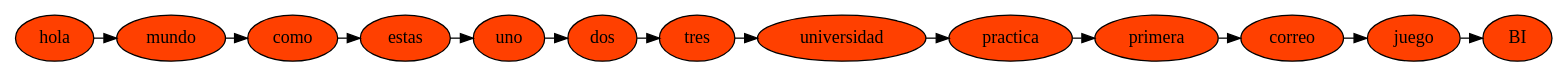
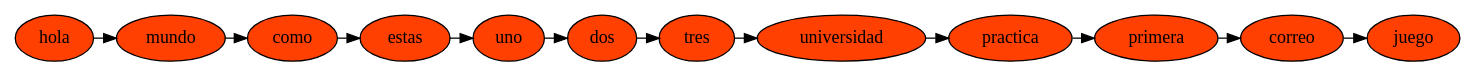
One commit to Toto95/Practica1s12017_201408515 changed the diagram in practica1Scrabble/diccionario.dot. Above: the diagram before and after it, drawn with Graphviz. The commit also changed 32 other files, not shown here.

```diff
--- a/practica1Scrabble/diccionario.dot
+++ b/practica1Scrabble/diccionario.dot
@@ -1,39 +1,36 @@
 digraph B{
-nodo1259904136 -> nodo377402961
-{rank = same; nodo1259904136 nodo377402961}
-nodo1259904136[label="hola",style=filled, fillcolor="#FF4000"]
-nodo377402961 -> nodo255638249
-{rank = same; nodo377402961 nodo255638249}
-nodo377402961[label="mundo",style=filled, fillcolor="#FF4000"]
-nodo255638249 -> nodo1378515402
-{rank = same; nodo255638249 nodo1378515402}
-nodo255638249[label="como",style=filled, fillcolor="#FF4000"]
-nodo1378515402 -> nodo1574519771
-{rank = same; nodo1378515402 nodo1574519771}
-nodo1378515402[label="estas",style=filled, fillcolor="#FF4000"]
-nodo1574519771 -> nodo1056352783
-{rank = same; nodo1574519771 nodo1056352783}
-nodo1574519771[label="uno",style=filled, fillcolor="#FF4000"]
-nodo1056352783 -> nodo1425519818
-{rank = same; nodo1056352783 nodo1425519818}
-nodo1056352783[label="dos",style=filled, fillcolor="#FF4000"]
-nodo1425519818 -> nodo1435657143
-{rank = same; nodo1425519818 nodo1435657143}
-nodo1425519818[label="tres",style=filled, fillcolor="#FF4000"]
-nodo1435657143 -> nodo1111635269
-{rank = same; nodo1435657143 nodo1111635269}
-nodo1435657143[label="universidad",style=filled, fillcolor="#FF4000"]
-nodo1111635269 -> nodo1232030160
-{rank = same; nodo1111635269 nodo1232030160}
-nodo1111635269[label="practica",style=filled, fillcolor="#FF4000"]
-nodo1232030160 -> nodo542631379
-{rank = same; nodo1232030160 nodo542631379}
-nodo1232030160[label="primera",style=filled, fillcolor="#FF4000"]
-nodo542631379 -> nodo1713284533
-{rank = same; nodo542631379 nodo1713284533}
-nodo542631379[label="correo",style=filled, fillcolor="#FF4000"]
-nodo1713284533 -> nodo1938800086
-{rank = same; nodo1713284533 nodo1938800086}
-nodo1713284533[label="juego",style=filled, fillcolor="#FF4000"]
-nodo1938800086[label="BI",style=filled, fillcolor="#FF4000"]
+nodo1433899693 -> nodo1178848161
+{rank = same; nodo1433899693 nodo1178848161}
+nodo1433899693[label="hola",style=filled, fillcolor="#FF4000"]
+nodo1178848161 -> nodo1149199685
+{rank = same; nodo1178848161 nodo1149199685}
+nodo1178848161[label="mundo",style=filled, fillcolor="#FF4000"]
+nodo1149199685 -> nodo1822855035
+{rank = same; nodo1149199685 nodo1822855035}
+nodo1149199685[label="como",style=filled, fillcolor="#FF4000"]
+nodo1822855035 -> nodo95263416
+{rank = same; nodo1822855035 nodo95263416}
+nodo1822855035[label="estas",style=filled, fillcolor="#FF4000"]
+nodo95263416 -> nodo1567315823
+{rank = same; nodo95263416 nodo1567315823}
+nodo95263416[label="uno",style=filled, fillcolor="#FF4000"]
+nodo1567315823 -> nodo1644250314
+{rank = same; nodo1567315823 nodo1644250314}
+nodo1567315823[label="dos",style=filled, fillcolor="#FF4000"]
+nodo1644250314 -> nodo981779110
+{rank = same; nodo1644250314 nodo981779110}
+nodo1644250314[label="tres",style=filled, fillcolor="#FF4000"]
+nodo981779110 -> nodo1393944340
+{rank = same; nodo981779110 nodo1393944340}
+nodo981779110[label="universidad",style=filled, fillcolor="#FF4000"]
+nodo1393944340 -> nodo1422000694
+{rank = same; nodo1393944340 nodo1422000694}
+nodo1393944340[label="practica",style=filled, fillcolor="#FF4000"]
+nodo1422000694 -> nodo1015884656
+{rank = same; nodo1422000694 nodo1015884656}
+nodo1422000694[label="primera",style=filled, fillcolor="#FF4000"]
+nodo1015884656 -> nodo536895413
+{rank = same; nodo1015884656 nodo536895413}
+nodo1015884656[label="correo",style=filled, fillcolor="#FF4000"]
+nodo536895413[label="juego",style=filled, fillcolor="#FF4000"]
 }
```
